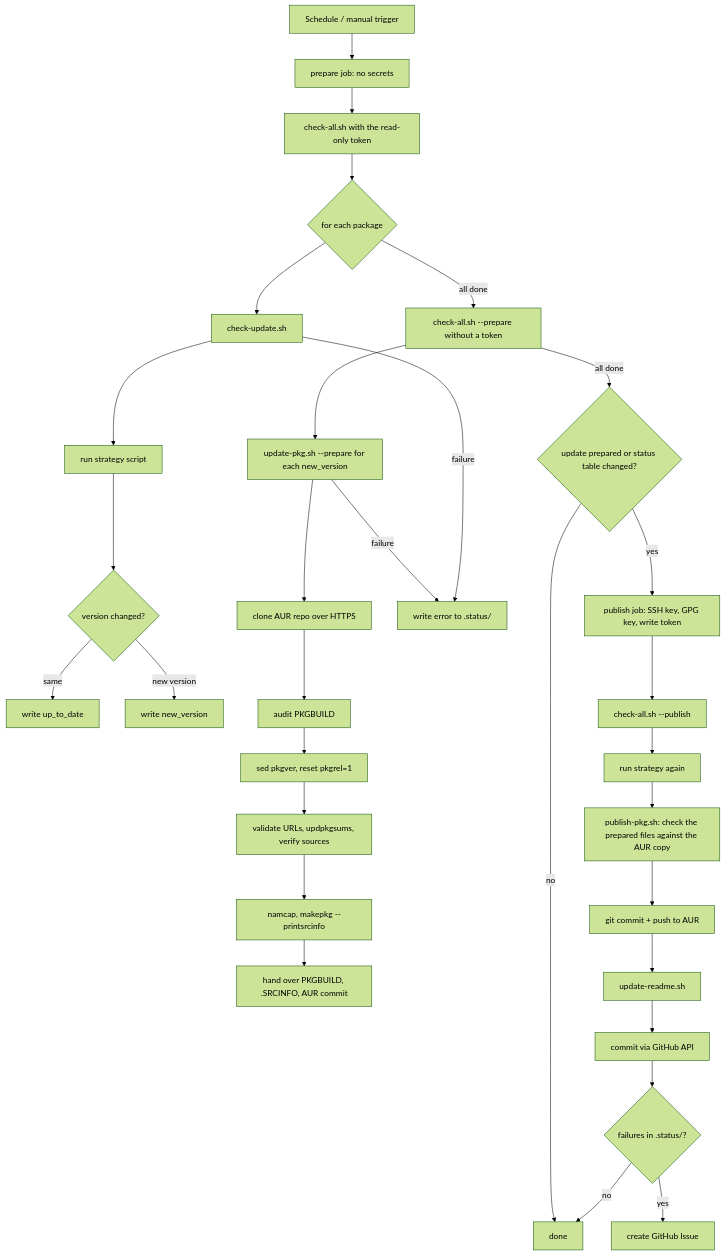
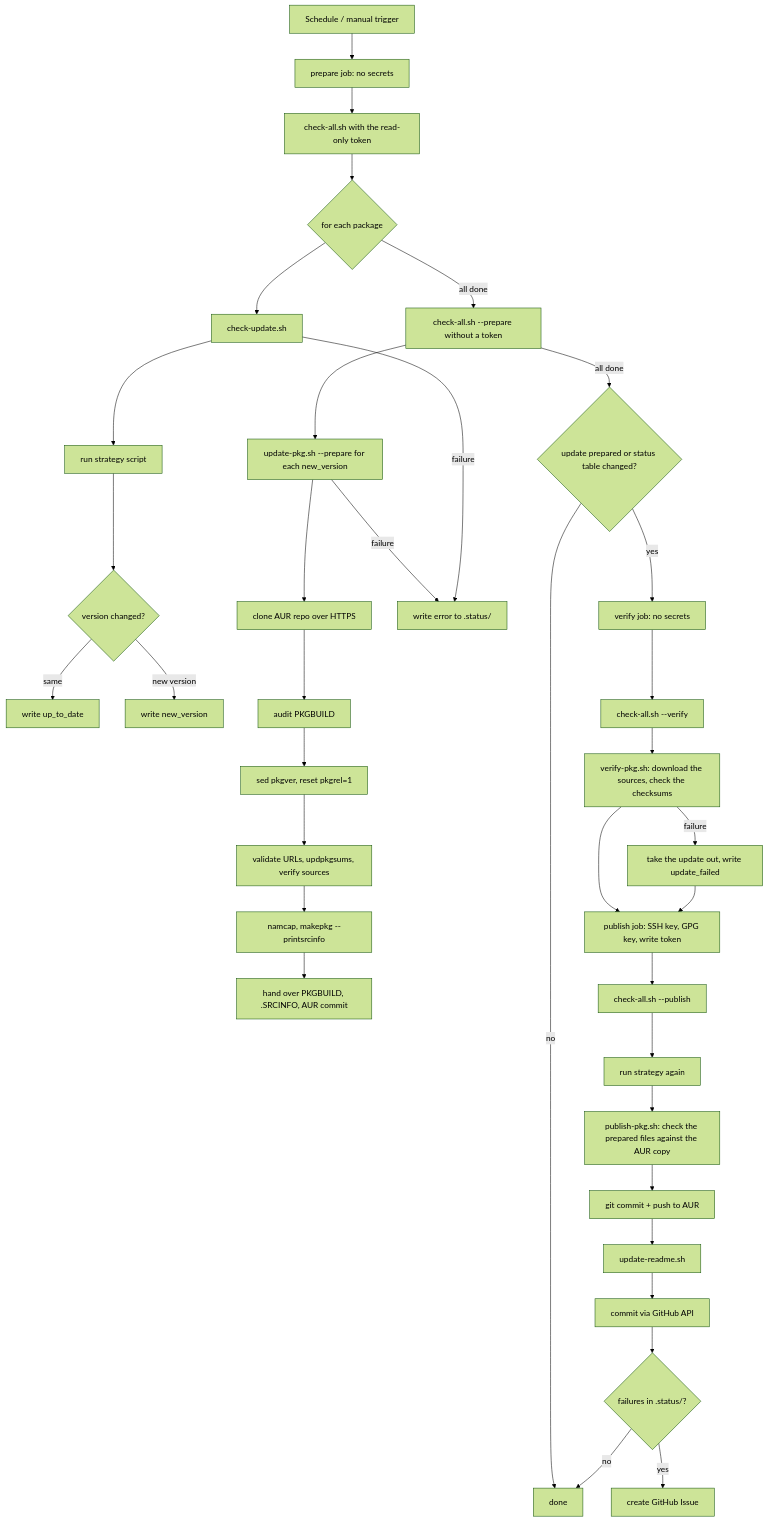
Before and after one commit to noctuum/sibyl: the diagram in docs/WORKFLOW.md, drawn with Mermaid (forest theme). The commit also changed other lines of this file and 7 other files, not shown here.

First line of the commit message:
fix(workflow): verify checksums against sources (#25)

````diff
--- a/docs/WORKFLOW.md
+++ b/docs/WORKFLOW.md
@@ -20,33 +20,38 @@
 ```mermaid
 flowchart TD
     A[Schedule / manual trigger] --> P[prepare job: no secrets]
     P --> B[check-all.sh with the read-only token]
     B --> C{for each package}
     C --> D[check-update.sh]
     D --> E[run strategy script]
     E --> F{version changed?}
     F -->|same| G[write up_to_date]
     F -->|new version| G2[write new_version]
     C -->|all done| B2[check-all.sh --prepare without a token]
     B2 --> H[update-pkg.sh --prepare for each new_version]
     H --> H1[clone AUR repo over HTTPS]
     H1 --> H2[audit PKGBUILD]
     H2 --> H3[sed pkgver, reset pkgrel=1]
     H3 --> H4[validate URLs, updpkgsums, verify sources]
     H4 --> H5[namcap, makepkg --printsrcinfo]
     H5 --> H6[hand over PKGBUILD, .SRCINFO, AUR commit]
     H -->|failure| J[write error to .status/]
     D -->|failure| J
     B2 -->|all done| W{update prepared or status table changed?}
     W -->|no| O[done]
-    W -->|yes| Q[publish job: SSH key, GPG key, write token]
+    W -->|yes| V[verify job: no secrets]
+    V --> V1[check-all.sh --verify]
+    V1 --> V2[verify-pkg.sh: download the sources, check the checksums]
+    V2 -->|failure| V3[take the update out, write update_failed]
+    V2 --> Q[publish job: SSH key, GPG key, write token]
+    V3 --> Q
     Q --> R[check-all.sh --publish]
     R --> R1[run strategy again]
     R1 --> R2[publish-pkg.sh: check the prepared files against the AUR copy]
     R2 --> R3[git commit + push to AUR]
     R3 --> K[update-readme.sh]
     K --> L[commit via GitHub API]
     L --> M{failures in .status/?}
     M -->|yes| N[create GitHub Issue]
     M -->|no| O
 ```
````
